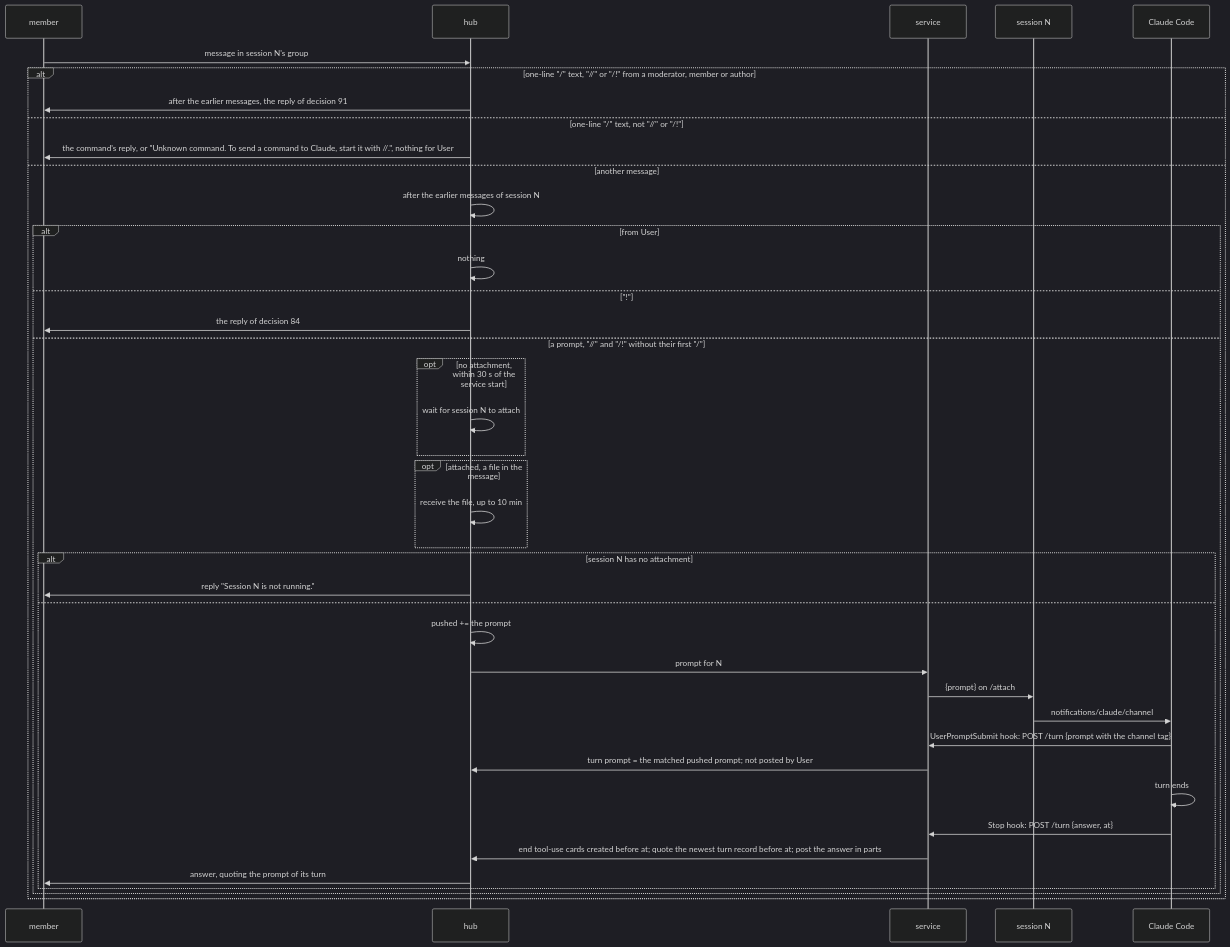
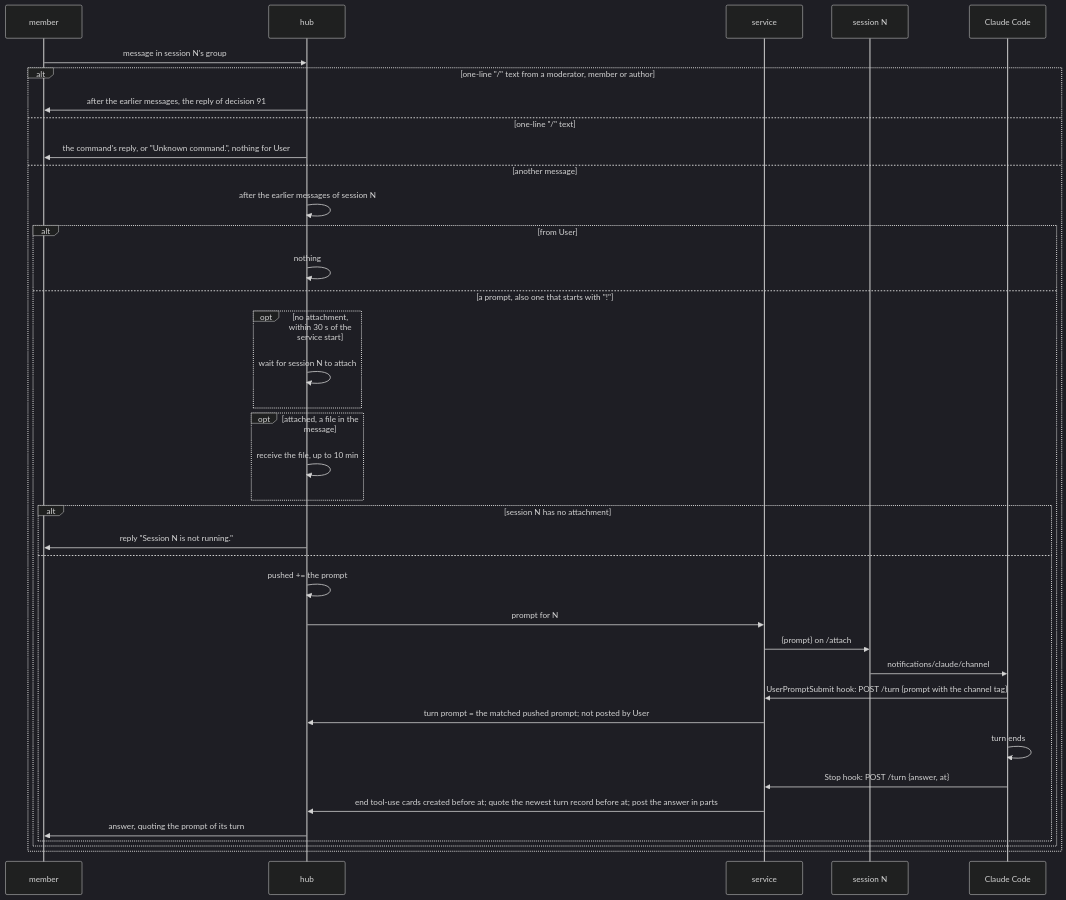
Before and after one commit to simplex-chat/simplex-chat: diagram 20 of 26 in plans/2026-11-07-mcp-claude-code-channel.md, drawn with Mermaid (dark theme). The commit also changed other lines of this file, not shown here.

Commit message:
plan: decision 117, the user's answer: // and /! are removed

````diff
--- a/plans/2026-11-07-mcp-claude-code-channel.md
+++ b/plans/2026-11-07-mcp-claude-code-channel.md
@@ -900,42 +898,40 @@
 ```mermaid
 sequenceDiagram
   participant O as member
   participant H as hub
   participant D as service
   participant S as session N
   participant C as Claude Code
   O->>H: message in session N's group
-  alt one-line "/" text, "//" or "/!" from a moderator, member or author
+  alt one-line "/" text from a moderator, member or author
     H->>O: after the earlier messages, the reply of decision 91
-  else one-line "/" text, not "//" or "/!"
-    H->>O: the command's reply, or "Unknown command. To send a command to Claude, start it with //.", nothing for User
+  else one-line "/" text
+    H->>O: the command's reply, or "Unknown command.", nothing for User
   else another message
     H->>H: after the earlier messages of session N
     alt from User
       H->>H: nothing
-    else "!"
-      H->>O: the reply of decision 84
-    else a prompt, "//" and "/!" without their first "/"
+    else a prompt, also one that starts with "!"
       opt no attachment, within 30 s of the service start
         H->>H: wait for session N to attach
       end
       opt attached, a file in the message
         H->>H: receive the file, up to 10 min
       end
       alt session N has no attachment
         H->>O: reply "Session N is not running."
       else
         H->>H: pushed += the prompt
         H->>D: prompt for N
         D->>S: {prompt} on /attach
         S->>C: notifications/claude/channel
         C->>D: UserPromptSubmit hook: POST /turn {prompt with the channel tag}
         D->>H: turn prompt = the matched pushed prompt#59; not posted by User
         C->>C: turn ends
         C->>D: Stop hook: POST /turn {answer, at}
         D->>H: end tool-use cards created before at#59; quote the newest turn record before at#59; post the answer in parts
         H->>O: answer, quoting the prompt of its turn
       end
     end
   end
 ```
````
